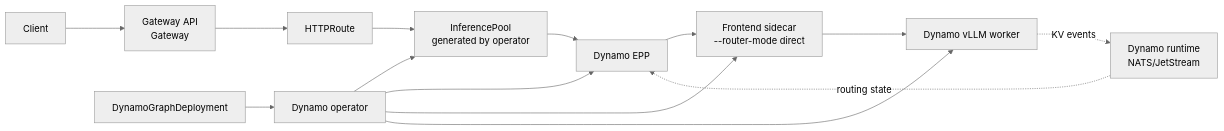
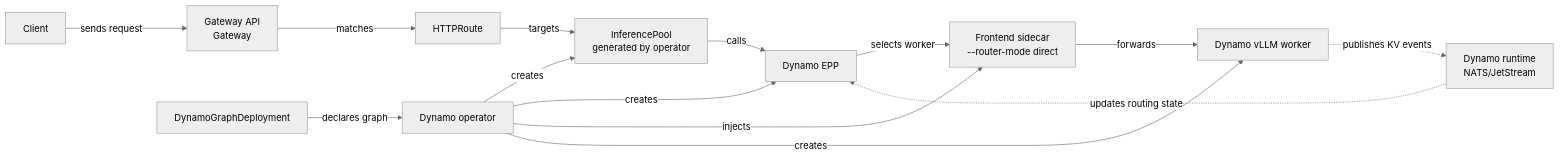
The diagram in docs/kubernetes/gateway-api/quickstart.mdx (Nicoh25/dynamo), drawn with Mermaid (neutral theme) before and after one commit.

Commit message:
fixup! docs/kubernetes: add GAIE quickstart

````diff
--- a/docs/kubernetes/gateway-api/quickstart.mdx
+++ b/docs/kubernetes/gateway-api/quickstart.mdx
@@ -15,17 +15,17 @@
 ```mermaid
 flowchart LR
-    Client["Client"] --> Gateway["Gateway API<br/>Gateway"]
-    Gateway --> Route["HTTPRoute"]
-    Route --> Pool["InferencePool<br/>generated by operator"]
-    Pool --> EPP["Dynamo EPP"]
-    EPP --> Sidecar["Frontend sidecar<br/>--router-mode direct"]
-    Sidecar --> Worker["Dynamo vLLM worker"]
-    Worker -. "KV events" .-> Runtime["Dynamo runtime<br/>NATS/JetStream"]
-    Runtime -. "routing state" .-> EPP
+    Client["Client"] -->|"sends request"| Gateway["Gateway API<br/>Gateway"]
+    Gateway -->|"matches"| Route["HTTPRoute"]
+    Route -->|"targets"| Pool["InferencePool<br/>generated by operator"]
+    Pool -->|"calls"| EPP["Dynamo EPP"]
+    EPP -->|"selects worker"| Sidecar["Frontend sidecar<br/>--router-mode direct"]
+    Sidecar -->|"forwards"| Worker["Dynamo vLLM worker"]
+    Worker -. "publishes KV events" .-> Runtime["Dynamo runtime<br/>NATS/JetStream"]
+    Runtime -. "updates routing state" .-> EPP
 
-    DGD["DynamoGraphDeployment"] --> Operator["Dynamo operator"]
-    Operator --> Pool
-    Operator --> EPP
-    Operator --> Sidecar
-    Operator --> Worker
+    DGD["DynamoGraphDeployment"] -->|"declares graph"| Operator["Dynamo operator"]
+    Operator -->|"creates"| Pool
+    Operator -->|"creates"| EPP
+    Operator -->|"injects"| Sidecar
+    Operator -->|"creates"| Worker
 ```
````
